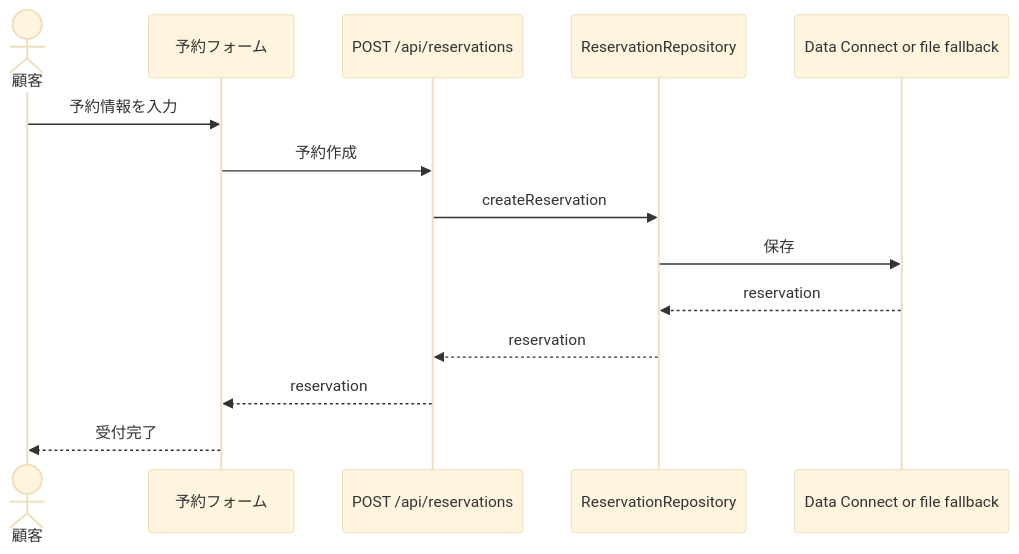
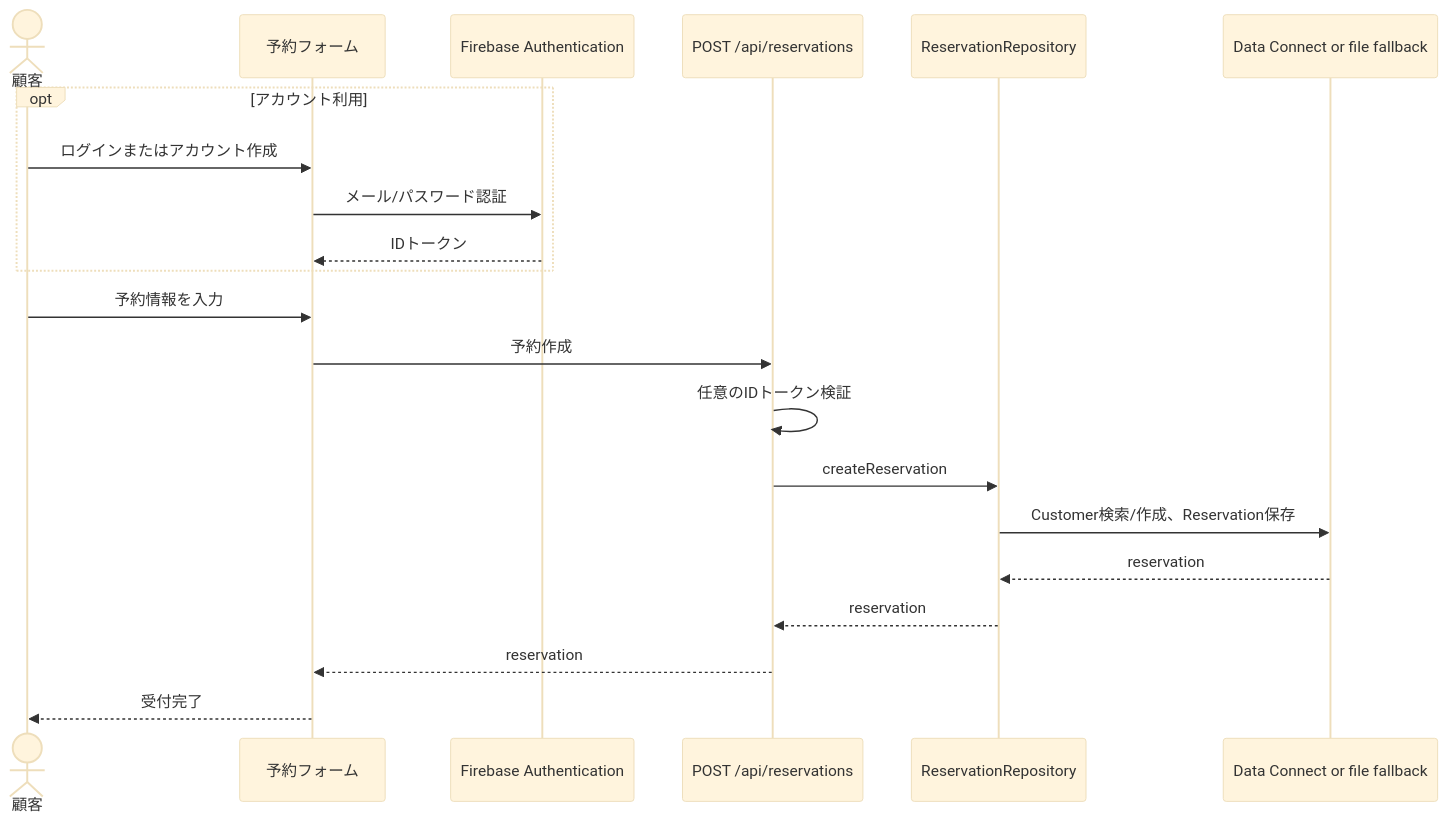
Before and after one commit to MichitaroNoge/reservation-system: the first of 2 diagrams in docs/06-business-flow.md, drawn with Mermaid (base theme). The commit also changed other lines of this file and 50 other files, not shown here.

````diff
--- a/docs/06-business-flow.md
+++ b/docs/06-business-flow.md
@@ -23,17 +31,24 @@
 ```mermaid
 sequenceDiagram
   actor Customer as 顧客
   participant UI as 予約フォーム
+  participant Auth as Firebase Authentication
   participant API as POST /api/reservations
   participant Repo as ReservationRepository
   participant DB as Data Connect or file fallback
 
+  opt アカウント利用
+    Customer->>UI: ログインまたはアカウント作成
+    UI->>Auth: メール/パスワード認証
+    Auth-->>UI: IDトークン
+  end
   Customer->>UI: 予約情報を入力
   UI->>API: 予約作成
+  API->>API: 任意のIDトークン検証
   API->>Repo: createReservation
-  Repo->>DB: 保存
+  Repo->>DB: Customer検索/作成、Reservation保存
   DB-->>Repo: reservation
   Repo-->>API: reservation
   API-->>UI: reservation
   UI-->>Customer: 受付完了
 ```
````
